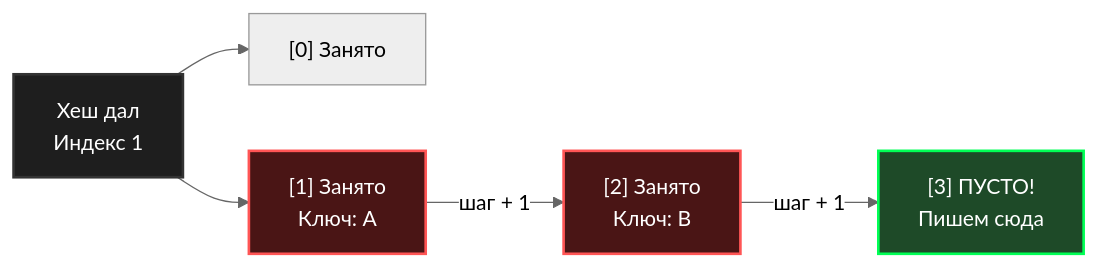
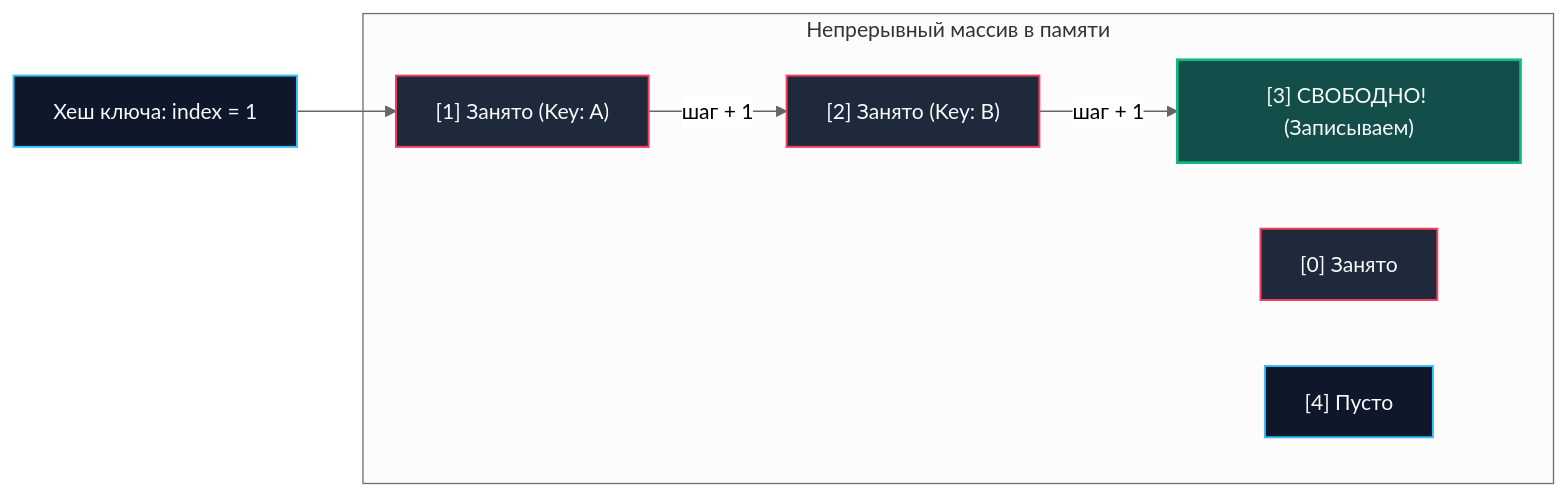
Before and after one commit to UnrealTemplier/go-textbook: the second of 2 diagrams in sources/20. Алгоритмы и структуры данных (DSA) на Go/03. Хеширование/4. Открытая адресация и метод цепочек.md, drawn with Mermaid (neutral theme). The commit also changed other lines of this file, not shown here.

````diff
--- a/sources/20. Алгоритмы и структуры данных (DSA) на Go/03. Хеширование/4. Открытая адресация и метод цепочек.md
+++ b/sources/20. Алгоритмы и структуры данных (DSA) на Go/03. Хеширование/4. Открытая адресация и метод цепочек.md
@@ -49,12 +69,22 @@
 ```mermaid
 flowchart LR
-    A["Хеш дал<br>Индекс 1"] --> B["[0] Занято"]
-    A --> C["[1] Занято<br>Ключ: A"]
-    C -->|шаг + 1| D["[2] Занято<br>Ключ: B"]
-    D -->|шаг + 1| E["[3] ПУСТО!<br>Пишем сюда"]
-    
-    style A fill:#1e1e1e,stroke:#333,stroke-width:2px,color:#fff
-    style C fill:#4a1515,stroke:#ff5555,stroke-width:2px,color:#fff
-    style D fill:#4a1515,stroke:#ff5555,stroke-width:2px,color:#fff
-    style E fill:#1e4a28,stroke:#00ff55,stroke-width:2px,color:#fff
+    H["Хеш ключа: index = 1"] --> S1["[1] Занято (Key: A)"]
+    S1 -->|"шаг + 1"| S2["[2] Занято (Key: B)"]
+    S2 -->|"шаг + 1"| S3["[3] СВОБОДНО! (Записываем)"]
+
+    subgraph Table["Непрерывный массив в памяти"]
+        S0["[0] Занято"]
+        S1
+        S2
+        S3
+        S4["[4] Пусто"]
+    end
+
+    classDef occupied fill:#1e293b,stroke:#f43f5e,stroke-width:1.5px,color:#f8fafc;
+    classDef target fill:#0f172a,stroke:#38bdf8,stroke-width:1.5px,color:#f8fafc;
+    classDef freeSlot fill:#134e4a,stroke:#10b981,stroke-width:2px,color:#f8fafc;
+
+    class S0,S1,S2 occupied;
+    class S3 freeSlot;
+    class S4,H target;
 ```
````
